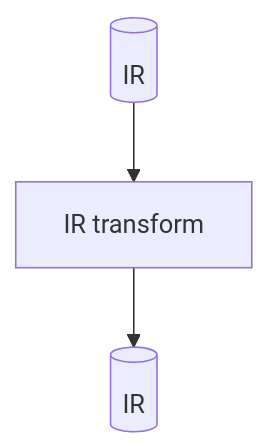
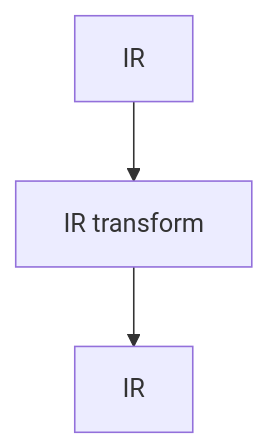
The diagram in docs/concepts/transforms.md (ASEM000/autoform), drawn with Mermaid before and after one commit. The commit also changed 5 other files, not shown here.

Commit message:
docs: normalize mermaid

````diff
--- a/docs/concepts/transforms.md
+++ b/docs/concepts/transforms.md
@@ -5,5 +5,5 @@
 ```{mermaid}
 flowchart TD
-    IR1[(IR)] --> X["IR transform"]
-    X --> IR2[(IR)]
+    input_ir["IR"] --> transform["IR transform"]
+    transform --> output_ir["IR"]
 ```
````
